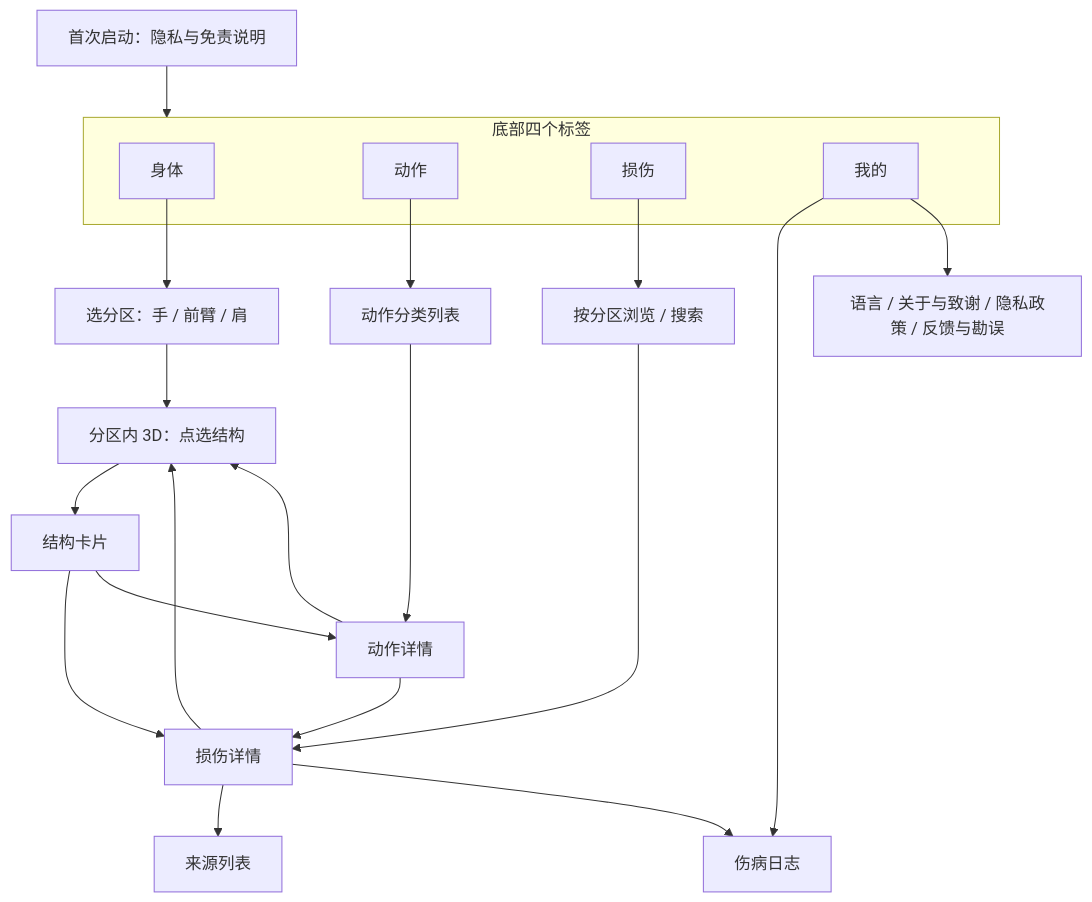
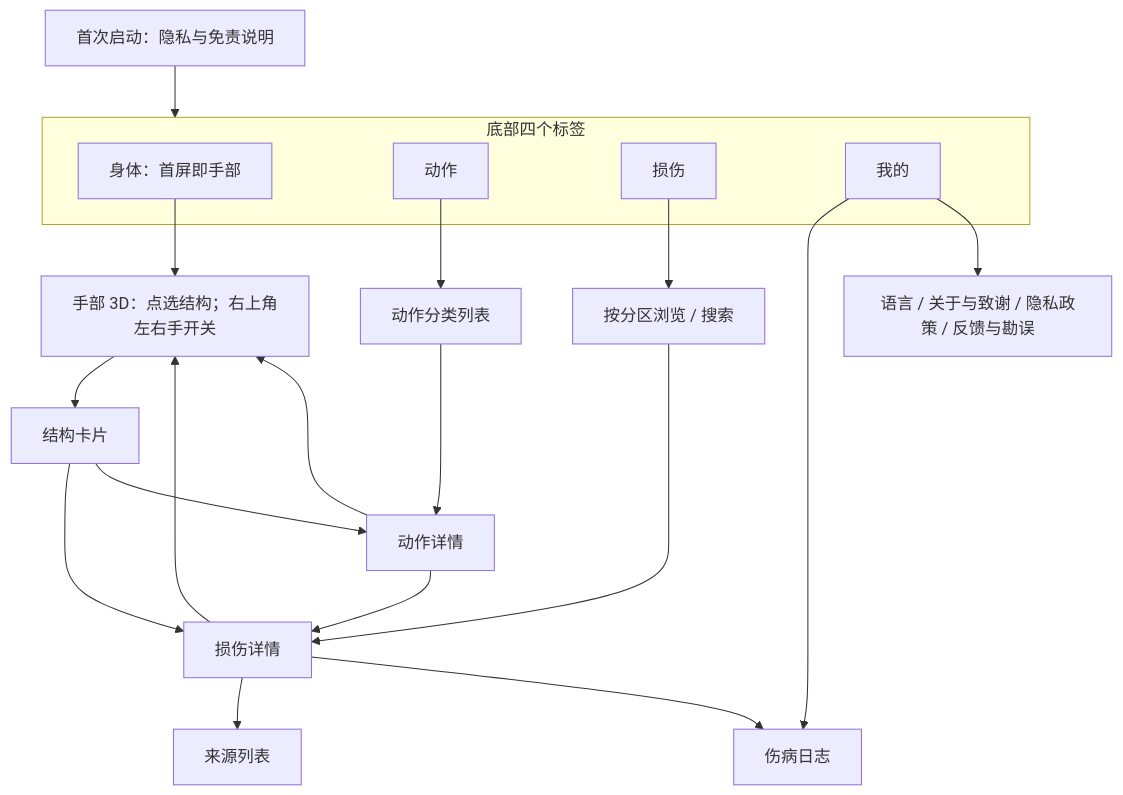
The diagram in docs/design/app-structure.md (Saier218/body), drawn with Mermaid before and after one commit. The commit also changed other lines of this file and 27 other files, not shown here.

````diff
--- a/docs/design/app-structure.md
+++ b/docs/design/app-structure.md
@@ -14,26 +14,25 @@
 ```mermaid
 flowchart TD
   L[首次启动：隐私与免责说明] --> T
   subgraph T[底部四个标签]
-    B[身体]
+    B[身体：首屏即手部]
     M[动作]
     I[损伤]
     U[我的]
   end
-  B --> B1[选分区：手 / 前臂 / 肩]
-  B1 --> B2[分区内 3D：点选结构]
+  B --> B2[手部 3D：点选结构；右上角左右手开关]
   B2 --> S[结构卡片]
   S --> ID[损伤详情]
   S --> MD[动作详情]
   M --> M1[动作分类列表]
   M1 --> MD
   MD --> ID
   MD --> B2
   I --> I1[按分区浏览 / 搜索]
   I1 --> ID
   ID --> B2
   ID --> SRC[来源列表]
   U --> LOG[伤病日志]
   U --> SET[语言 / 关于与致谢 / 隐私政策 / 反馈与勘误]
   ID --> LOG
 ```
````
